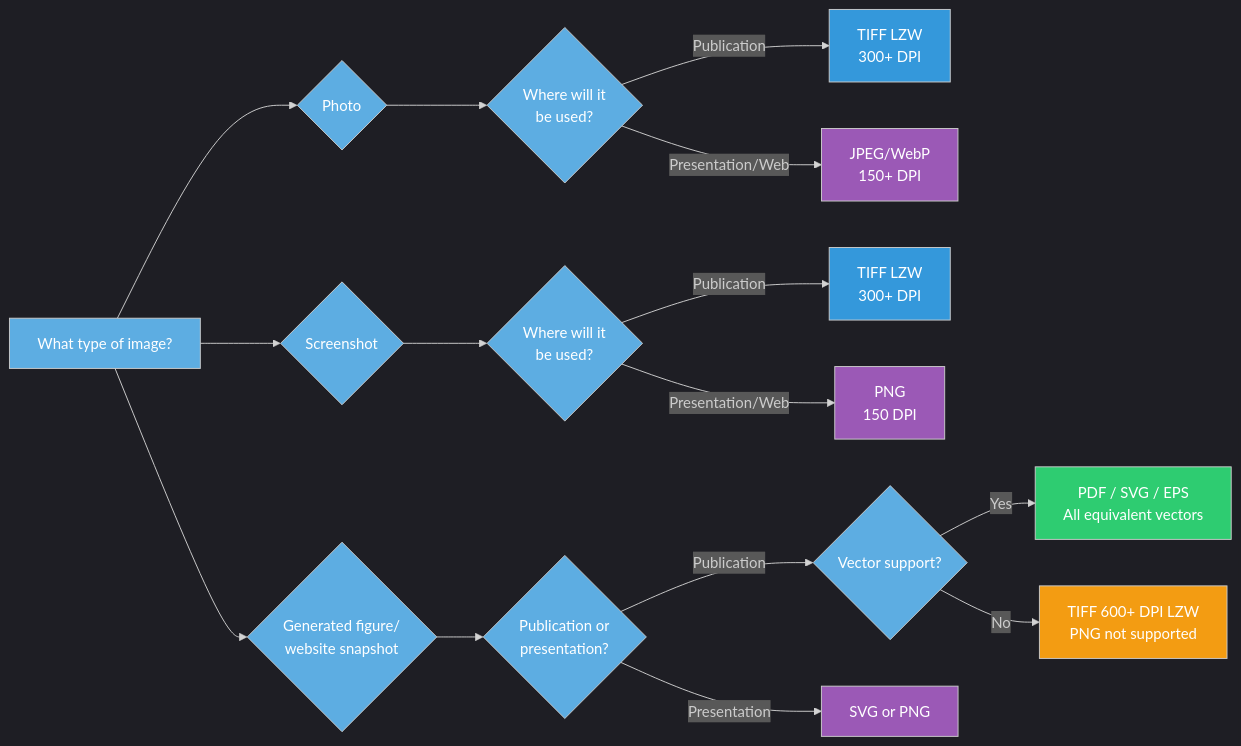
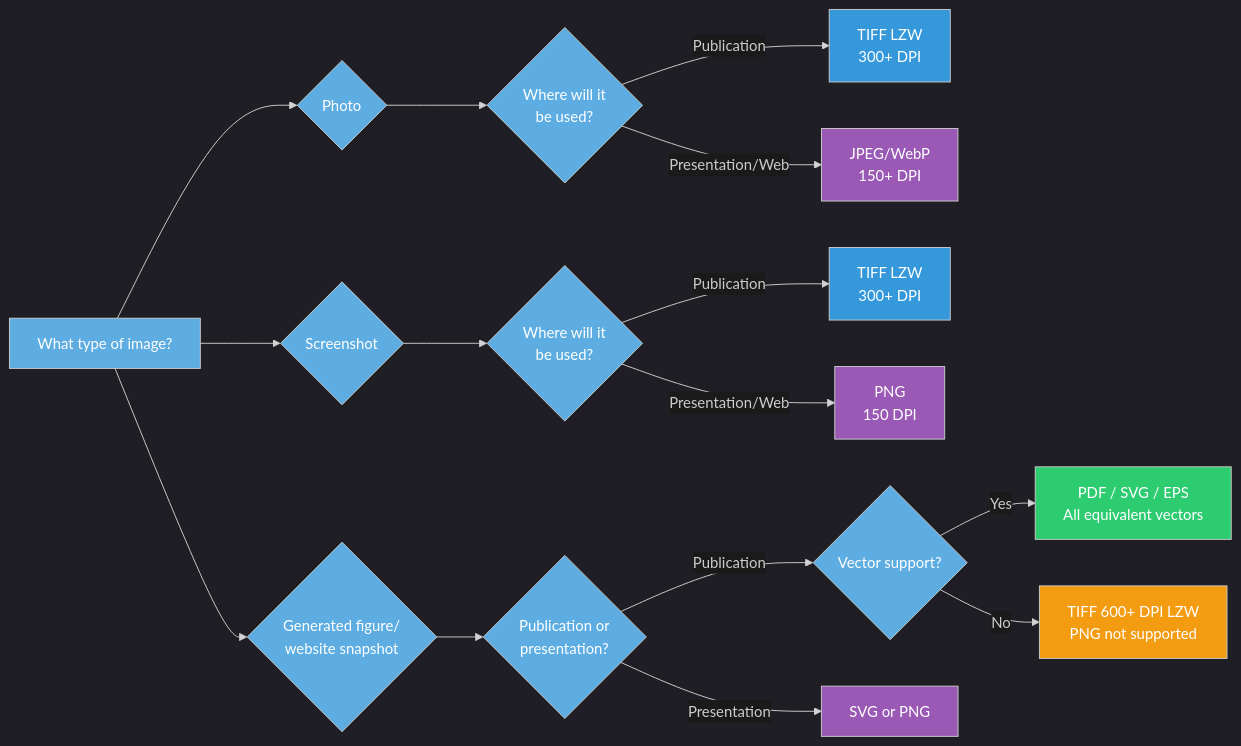
Before and after one commit to stanstrup/figure_presentation: the diagram in topics/01_formats.qmd, drawn with Mermaid.

Commit message:
Improve mermaid edge label contrast
- Added themeVariables to set all text colors to white
- Set edge label background to dark color for better readability
- Edge labels like 'Publication', 'Presentation/Web' now have better contrast

````diff
--- a/topics/01_formats.qmd
+++ b/topics/01_formats.qmd
@@ -198,41 +198,41 @@
 ```{mermaid}
-%%{init: {'theme':'dark'}}%%
+%%{init: {'theme':'dark', 'themeVariables': {'edgeLabelBackground':'#1a1a1a', 'primaryTextColor':'#fff', 'secondaryTextColor':'#fff', 'tertiaryTextColor':'#fff'}}}%%
 
 flowchart LR
     A[What type of image?] --> B{Photo}
     A --> C{Screenshot}
     A --> D{Generated figure/<br/>website snapshot}
 
 
     B --> B1{Where will it<br/>be used?}
     B1 -->|Publication| B2[TIFF LZW<br/>300+ DPI]
     B1 -->|Presentation/Web| B3[JPEG/WebP <br/> 150+ DPI]
 
     C --> C1{Where will it<br/>be used?}
     C1 -->|Publication| C2[TIFF LZW<br/>300+ DPI]
     C1 -->|Presentation/Web| C3[PNG<br/>150 DPI]
 
     D --> D1{Publication or<br/>presentation?}
     D1 -->|Publication| D2{Vector support?}
     D1 -->|Presentation| D3[SVG or PNG]
 
     D2 -->|Yes| D4[PDF / SVG / EPS<br/>All equivalent vectors]
     D2 -->|No| D5[TIFF 600+ DPI LZW<br/>PNG not supported]
 
     style A fill:#5dade2,color:#fff
     style B fill:#5dade2,color:#fff
     style C fill:#5dade2,color:#fff
     style D fill:#5dade2,color:#fff
     style B1 fill:#5dade2,color:#fff
     style C1 fill:#5dade2,color:#fff
     style D1 fill:#5dade2,color:#fff
     style D2 fill:#5dade2,color:#fff
     style D4 fill:#2ecc71,color:#fff
     style D5 fill:#f39c12,color:#fff
     style D3 fill:#9b59b6,color:#fff
     style B2 fill:#3498db,color:#fff
     style B3 fill:#9b59b6,color:#fff
     style C2 fill:#3498db,color:#fff
     style C3 fill:#9b59b6,color:#fff
 
 ```
````
